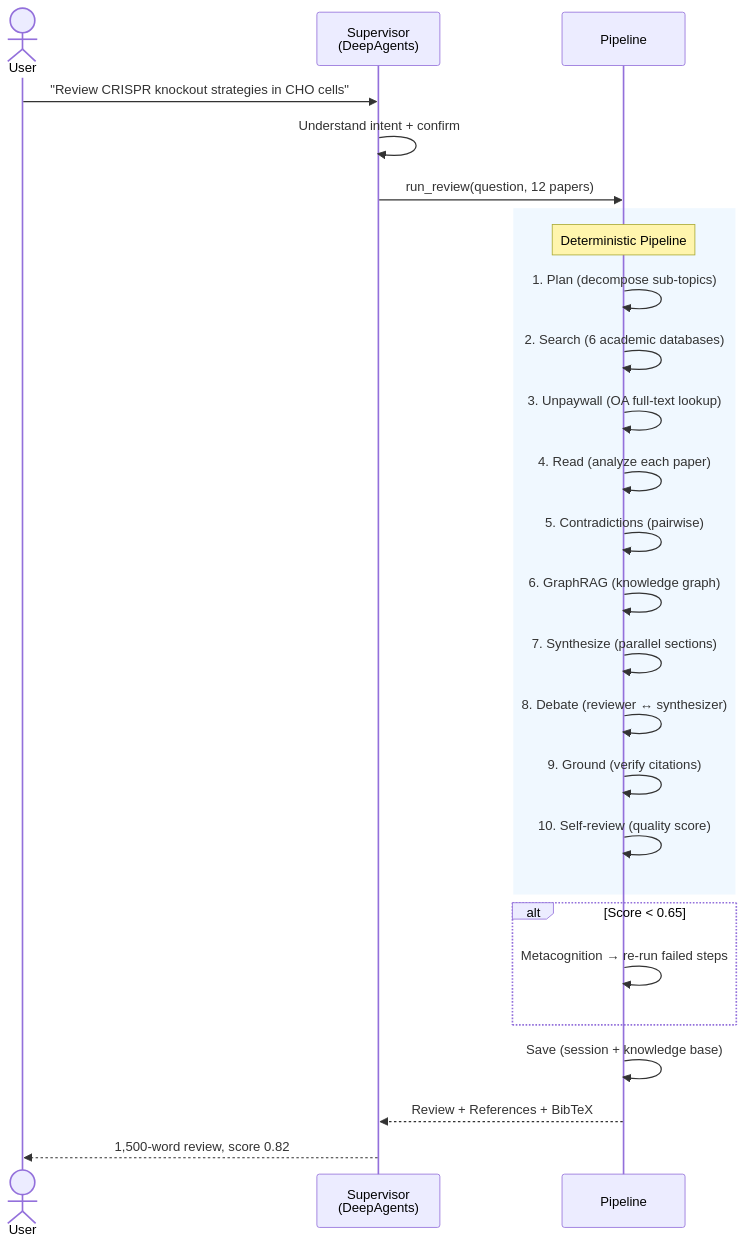
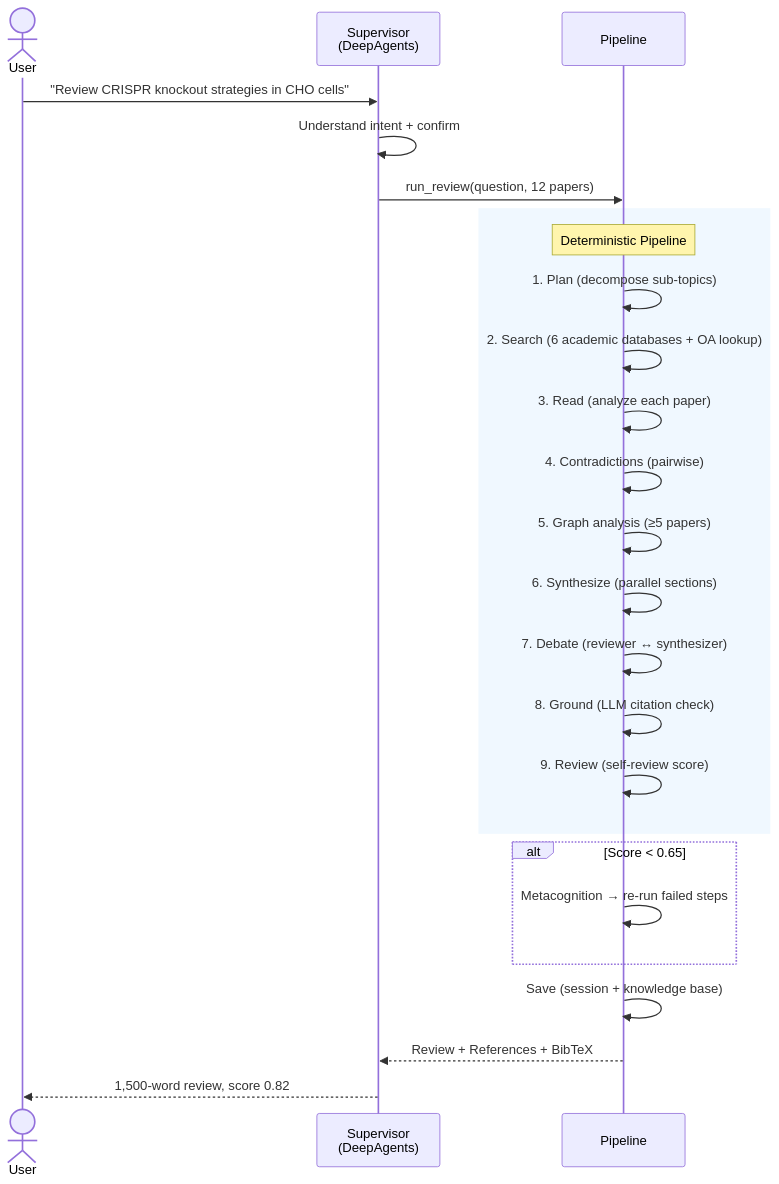
Before and after one commit to arnold117/arnold117.github.io: the first of 2 diagrams in _projects/litscribe.md, drawn with Mermaid. The commit also changed other lines of this file and 21 other files, not shown here.

````diff
--- a/_projects/litscribe.md
+++ b/_projects/litscribe.md
@@ -35,32 +35,31 @@
 ```mermaid
 sequenceDiagram
     actor User
     participant S as Supervisor<br/>(DeepAgents)
     participant P as Pipeline
 
     User->>S: "Review CRISPR knockout strategies in CHO cells"
     S->>S: Understand intent + confirm
     S->>P: run_review(question, 12 papers)
 
     rect rgb(240, 248, 255)
         Note over P: Deterministic Pipeline
         P->>P: 1. Plan (decompose sub-topics)
-        P->>P: 2. Search (6 academic databases)
-        P->>P: 3. Unpaywall (OA full-text lookup)
-        P->>P: 4. Read (analyze each paper)
-        P->>P: 5. Contradictions (pairwise)
-        P->>P: 6. GraphRAG (knowledge graph)
-        P->>P: 7. Synthesize (parallel sections)
-        P->>P: 8. Debate (reviewer ↔ synthesizer)
-        P->>P: 9. Ground (verify citations)
-        P->>P: 10. Self-review (quality score)
+        P->>P: 2. Search (6 academic databases + OA lookup)
+        P->>P: 3. Read (analyze each paper)
+        P->>P: 4. Contradictions (pairwise)
+        P->>P: 5. Graph analysis (≥5 papers)
+        P->>P: 6. Synthesize (parallel sections)
+        P->>P: 7. Debate (reviewer ↔ synthesizer)
+        P->>P: 8. Ground (LLM citation check)
+        P->>P: 9. Review (self-review score)
     end
 
     alt Score < 0.65
         P->>P: Metacognition → re-run failed steps
     end
 
     P->>P: Save (session + knowledge base)
     P-->>S: Review + References + BibTeX
     S-->>User: 1,500-word review, score 0.82
 ```
````
